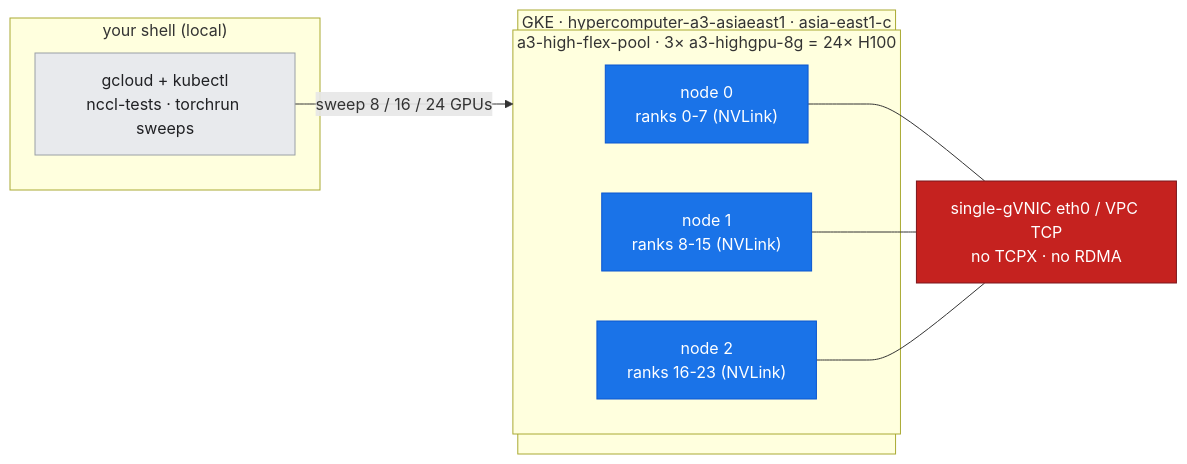
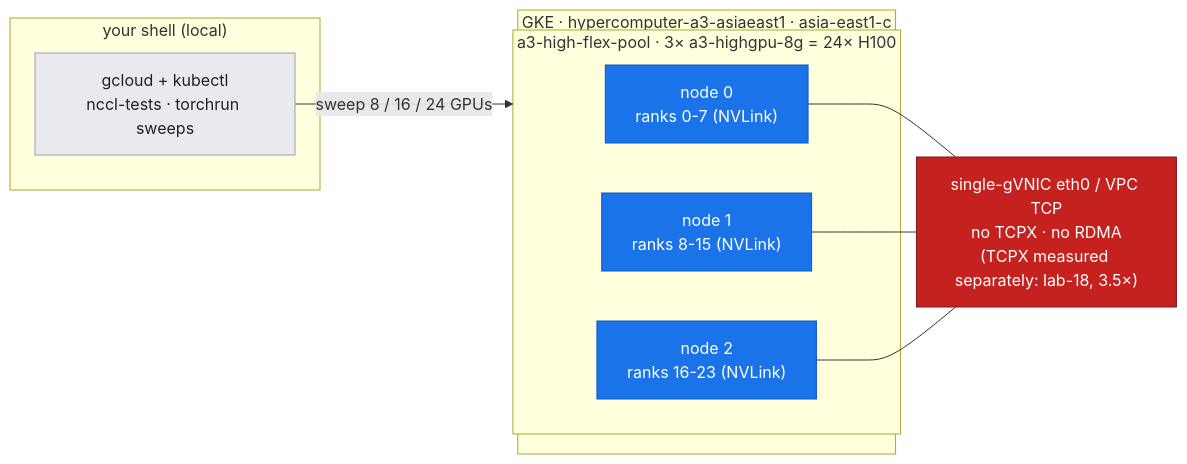
Before and after one commit to elideng-sg/hypercomputer-internode-deepdive: the first of 5 diagrams in docs/15-scaling-shape-of-the-cliff.md, drawn with Mermaid. The commit also changed other lines of this file and 43 other files, not shown here.

First line of the commit message:
lab-18: measure GPUDirect-TCPX live, and correct the guide against it

````diff
--- a/docs/15-scaling-shape-of-the-cliff.md
+++ b/docs/15-scaling-shape-of-the-cliff.md
@@ -40,22 +40,22 @@
 ```mermaid
 flowchart LR
   subgraph LOCAL["your shell (local)"]
     CLI["gcloud + kubectl<br/>nccl-tests · torchrun sweeps"]
   end
   subgraph CLUSTER["GKE · hypercomputer-a3-asiaeast1 · asia-east1-c"]
     subgraph POOL["a3-high-flex-pool · 3× a3-highgpu-8g = 24× H100"]
       N0["node 0<br/>ranks 0-7 (NVLink)"]
       N1["node 1<br/>ranks 8-15 (NVLink)"]
       N2["node 2<br/>ranks 16-23 (NVLink)"]
     end
   end
-  FAB["single-gVNIC eth0 / VPC TCP<br/>no TCPX · no RDMA"]
+  FAB["single-gVNIC eth0 / VPC TCP<br/>no TCPX · no RDMA<br/>(TCPX measured separately: lab-18, 3.5×)"]
   CLI -->|"sweep 8 / 16 / 24 GPUs"| POOL
   N0 --- FAB
   N1 --- FAB
   N2 --- FAB
   classDef meas fill:#1a73e8,stroke:#0b57d0,color:#ffffff;
   classDef crit fill:#c5221f,stroke:#7a161c,color:#ffffff;
   classDef ctx fill:#e8eaed,stroke:#9aa0a6,color:#202124;
   class N0,N1,N2 meas; class FAB crit; class CLI ctx;
 ```
````
